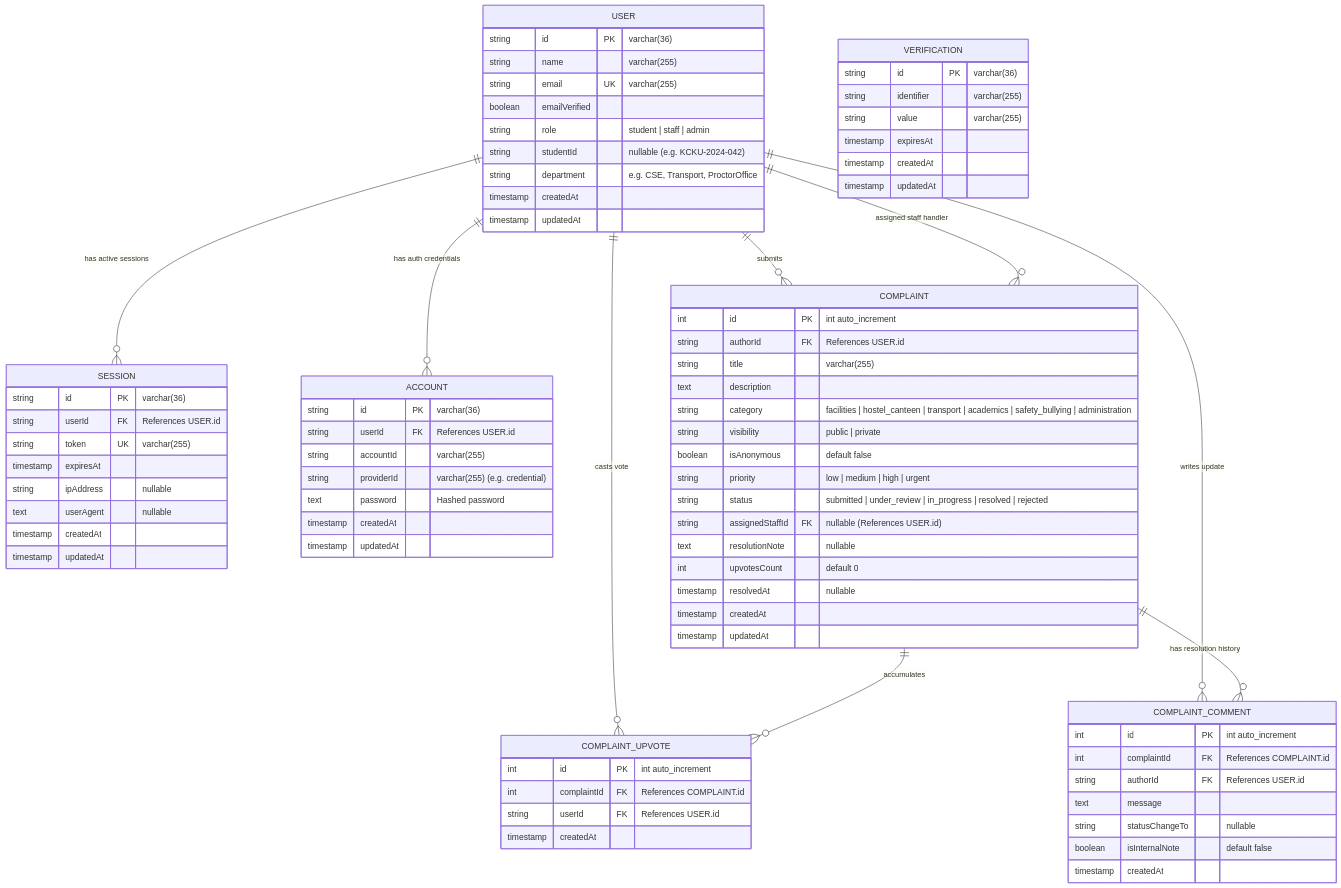
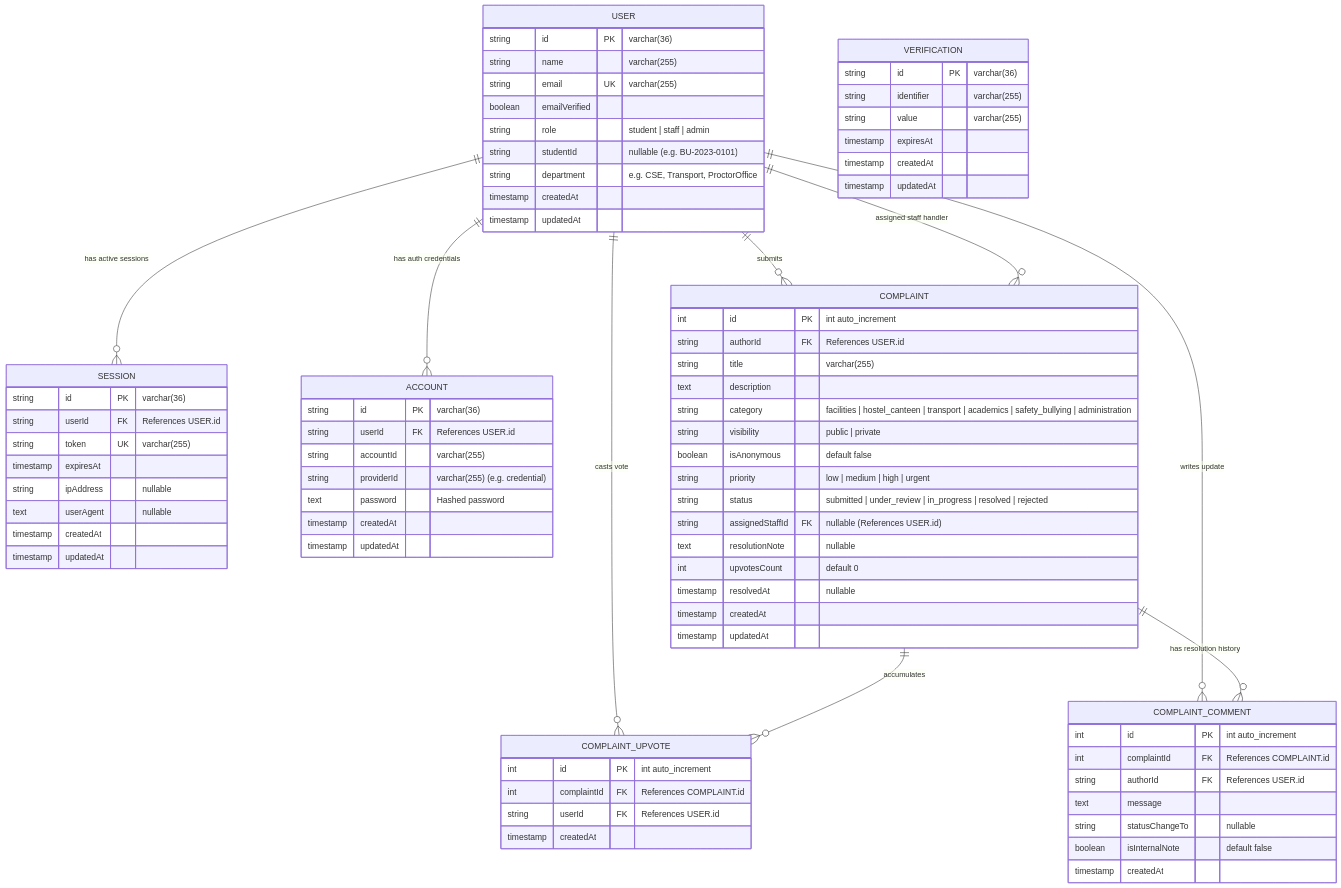
One commit to IamFreak10/NestJS-ASTRO changed the first of 3 diagrams in ARCHITECTURE.md. Above: the diagram before and after it, drawn with Mermaid. The commit also changed other lines of this file and 11 other files, not shown here.

```diff
--- a/ARCHITECTURE.md
+++ b/ARCHITECTURE.md
@@ -29,7 +29,7 @@
         string email UK "varchar(255)"
         boolean emailVerified
         string role "student | staff | admin"
-        string studentId "nullable (e.g. KCKU-2024-042)"
+        string studentId "nullable (e.g. BU-2023-0101)"
         string department "e.g. CSE, Transport, ProctorOffice"
         timestamp createdAt
         timestamp updatedAt
```
